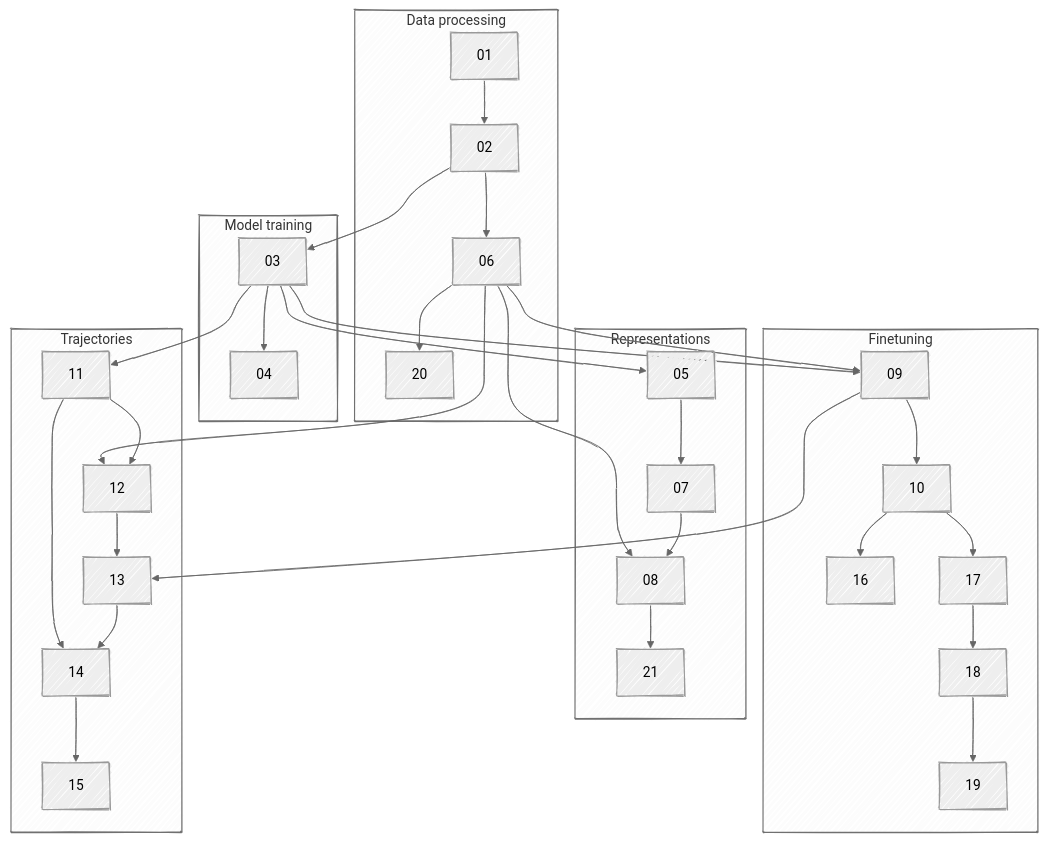
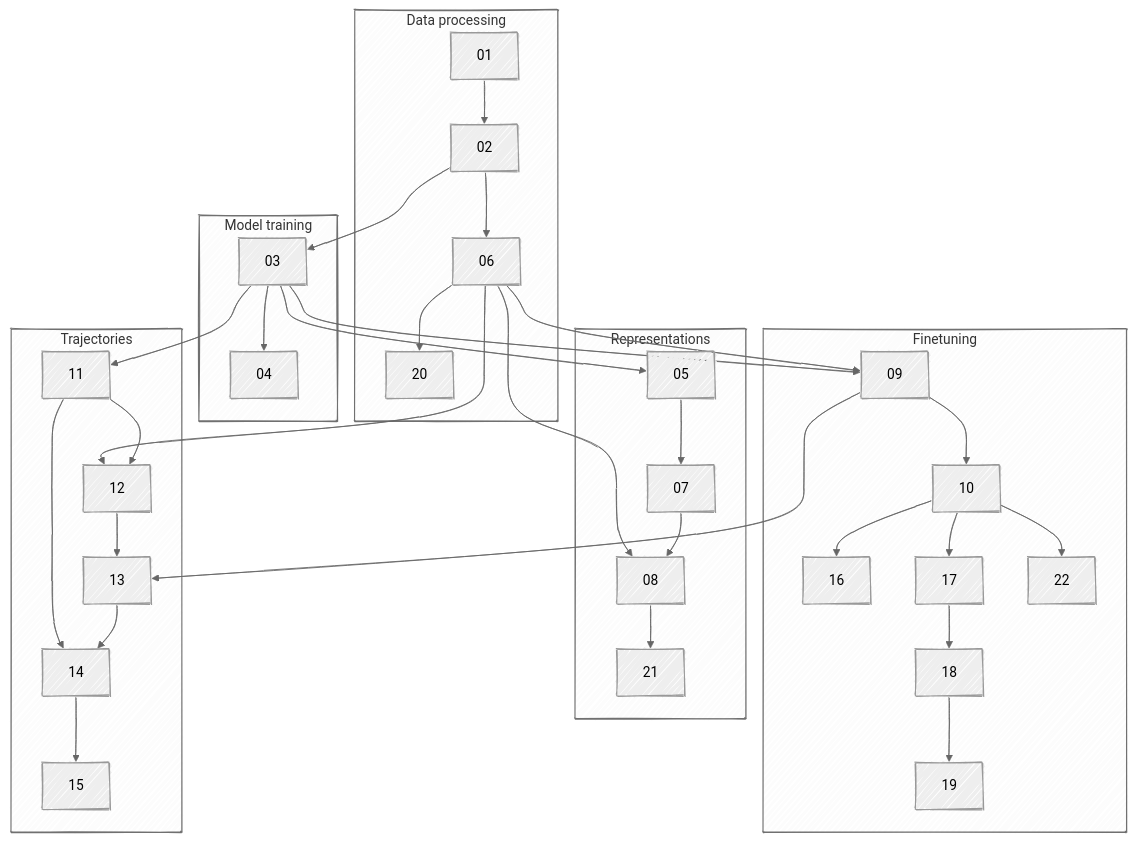
Before and after one commit to bbj-lab/fms-ehrs: the diagram in README.md, drawn with Mermaid. The commit also changed 8 other files, not shown here.

````diff
--- a/README.md
+++ b/README.md
@@ -24,56 +24,57 @@
 ```mermaid
 ---
 config:
   theme: neutral
   look: handDrawn
   layout: fixed
   themeCSS: "* { overflow: visible; }"
 ---
 flowchart TD
  subgraph s1["Data processing"]
         N1["01"]
         N2["02"]
         N6["06"]
         N20["20"]
   end
  subgraph s2["Model training"]
         N3["03"]
         N4["04"]
   end
  subgraph s3["Representations"]
         N5["05"]
         N7["07"]
         N8["08"]
         N21["21"]
   end
  subgraph s4["Finetuning"]
         N9["09"]
         N10["10"]
         N16["16"]
         N17["17"]
         N18["18"]
         N19["19"]
+        N22["22"]
   end
  subgraph s5["Trajectories"]
         N11["11"]
         N12["12"]
         N13["13"]
         N14["14"]
         N15["15"]
   end
     N1 --> N2
     N2 --> N6 & N3
     N6 --> N20 & N8 & N9 & N12
     N3 --> N4 & N5 & N9 & N11
     N5 --> N7
     N7 --> N8
     N8 --> N21
     N9 --> N10 & N13
-    N10 --> N16 & N17
+    N10 --> N16 & N17 & N22
     N17 --> N18
     N18 --> N19
     N11 --> N12 & N14
     N12 --> N13
     N13 --> N14
     N14 --> N15
 ```
````
